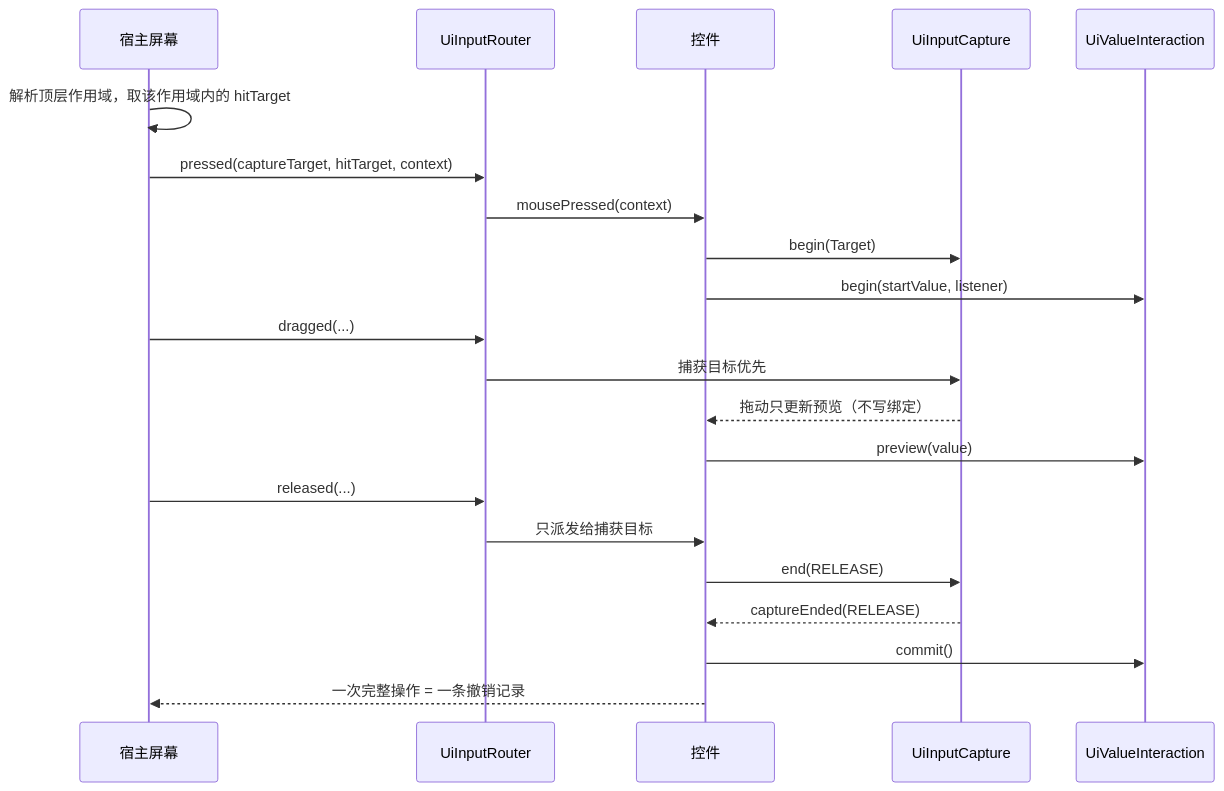
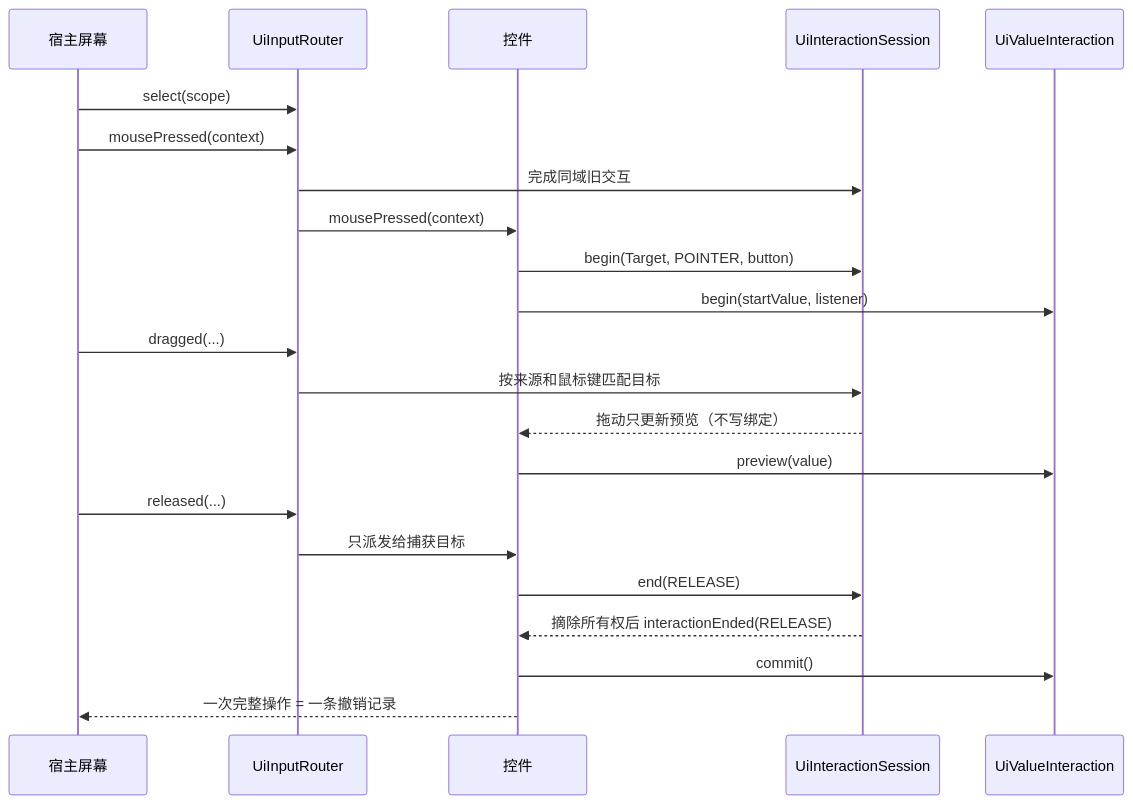
The second of 3 diagrams in docs/modules/ui-kit.md (meteoritel/item-despawn-to-what), drawn with Mermaid before and after one commit. The commit also changed other lines of this file and 4 other files, not shown here.

````diff
--- a/docs/modules/ui-kit.md
+++ b/docs/modules/ui-kit.md
@@ -132,23 +132,24 @@
 ```mermaid
 sequenceDiagram
     participant S as 宿主屏幕
     participant R as UiInputRouter
     participant C as 控件
-    participant CAP as UiInputCapture
+    participant CAP as UiInteractionSession
     participant V as UiValueInteraction
-    S->>S: 解析顶层作用域，取该作用域内的 hitTarget
-    S->>R: pressed(captureTarget, hitTarget, context)
+    S->>R: select(scope)
+    S->>R: mousePressed(context)
+    R->>CAP: 完成同域旧交互
     R->>C: mousePressed(context)
-    C->>CAP: begin(Target)
+    C->>CAP: begin(Target, POINTER, button)
     C->>V: begin(startValue, listener)
     S->>R: dragged(...)
-    R->>CAP: 捕获目标优先
+    R->>CAP: 按来源和鼠标键匹配目标
     CAP-->>C: 拖动只更新预览（不写绑定）
     C->>V: preview(value)
     S->>R: released(...)
     R->>C: 只派发给捕获目标
     C->>CAP: end(RELEASE)
-    CAP-->>C: captureEnded(RELEASE)
+    CAP-->>C: 摘除所有权后 interactionEnded(RELEASE)
     C->>V: commit()
     C-->>S: 一次完整操作 = 一条撤销记录
 ```
````
